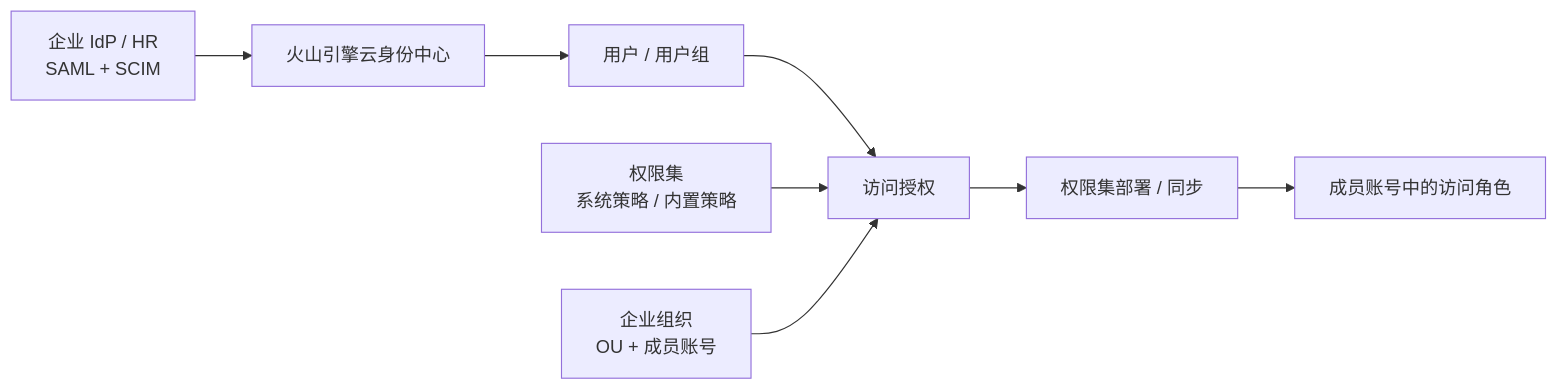
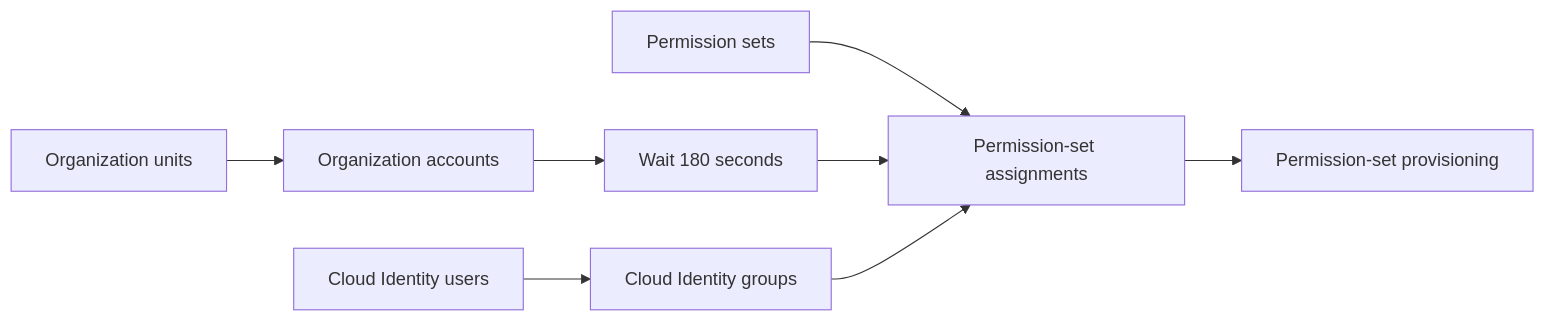
One commit to terraform-volcenginecc-modules/terraform-volcenginecc-multi-account-architecture changed the diagram in README.md. Above: the diagram before and after it, drawn with Mermaid. The commit also changed other lines of this file and 47 other files, not shown here.

````diff
--- a/README.md
+++ b/README.md
@@ -7,10 +15,8 @@
-```mermaid
+~~~mermaid
 flowchart LR
-  IdP["企业 IdP / HR<br/>SAML + SCIM"] --> CI["火山引擎云身份中心"]
-  CI --> U["用户 / 用户组"]
-  U --> A["访问授权"]
-  PS["权限集<br/>系统策略 / 内置策略"] --> A
-  ORG["企业组织<br/>OU + 成员账号"] --> A
-  A --> P["权限集部署 / 同步"]
-  P --> ROLE["成员账号中的访问角色"]
-```
+  OU["Organization units"] --> ACCOUNT["Organization accounts"]
+  USER["Cloud Identity users"] --> GROUP["Cloud Identity groups"]
+  PS["Permission sets"] --> ASSIGN["Permission-set assignments"] --> PROVISION["Permission-set provisioning"]
+  ACCOUNT --> WAIT["Wait 180 seconds"] --> ASSIGN
+  GROUP --> ASSIGN
+~~~
````
